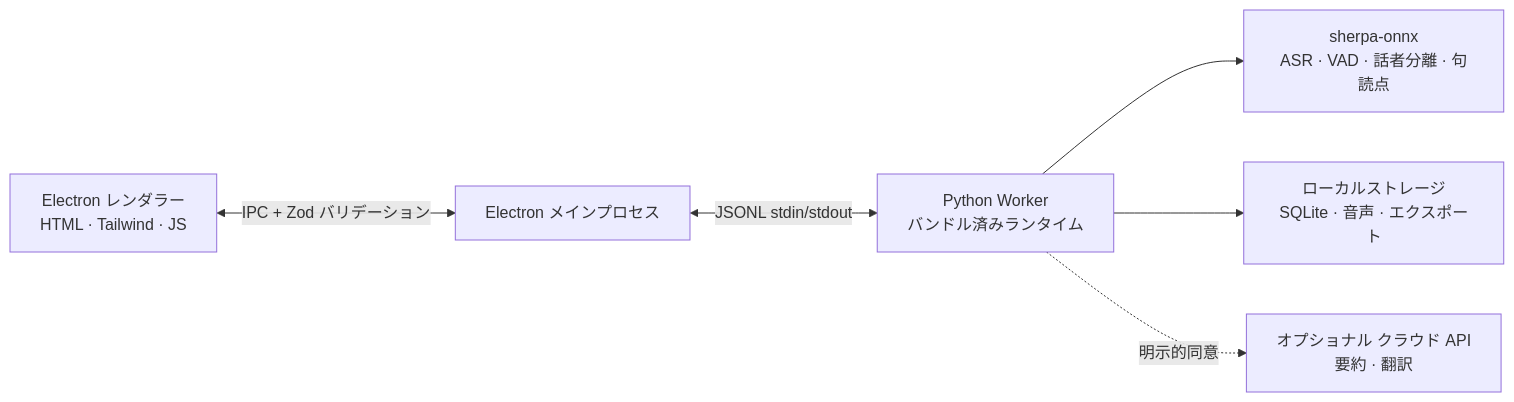
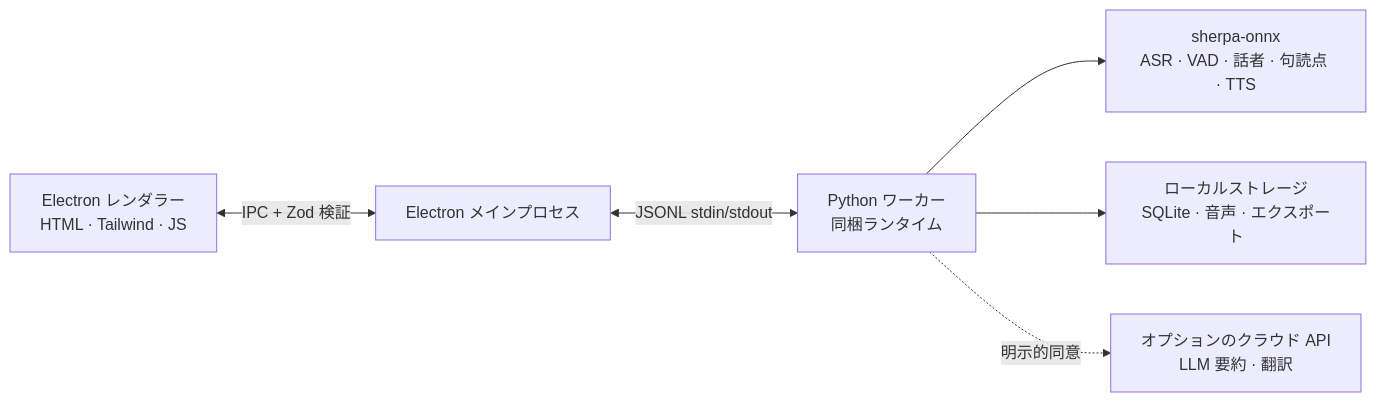
The diagram in docs/README.ja.md (zerolovesea/Brevia), drawn with Mermaid before and after one commit. The commit also changed other lines of this file and 44 other files, not shown here.

````diff
--- a/docs/README.ja.md
+++ b/docs/README.ja.md
@@ -55,8 +76,8 @@
 ```mermaid
 flowchart LR
-  A[Electron レンダラー<br/>HTML · Tailwind · JS] <-->|IPC + Zod バリデーション| B[Electron メインプロセス]
-  B <-->|JSONL stdin/stdout| C[Python Worker<br/>バンドル済みランタイム]
-  C --> D[sherpa-onnx<br/>ASR · VAD · 話者分離 · 句読点]
+  A[Electron レンダラー<br/>HTML · Tailwind · JS] <-->|IPC + Zod 検証| B[Electron メインプロセス]
+  B <-->|JSONL stdin/stdout| C[Python ワーカー<br/>同梱ランタイム]
+  C --> D[sherpa-onnx<br/>ASR · VAD · 話者 · 句読点 · TTS]
   C --> E[ローカルストレージ<br/>SQLite · 音声 · エクスポート]
-  C -. 明示的同意 .-> F[オプショナル クラウド API<br/>要約 · 翻訳]
+  C -. 明示的同意 .-> F[オプションのクラウド API<br/>LLM 要約 · 翻訳]
 ```
````
